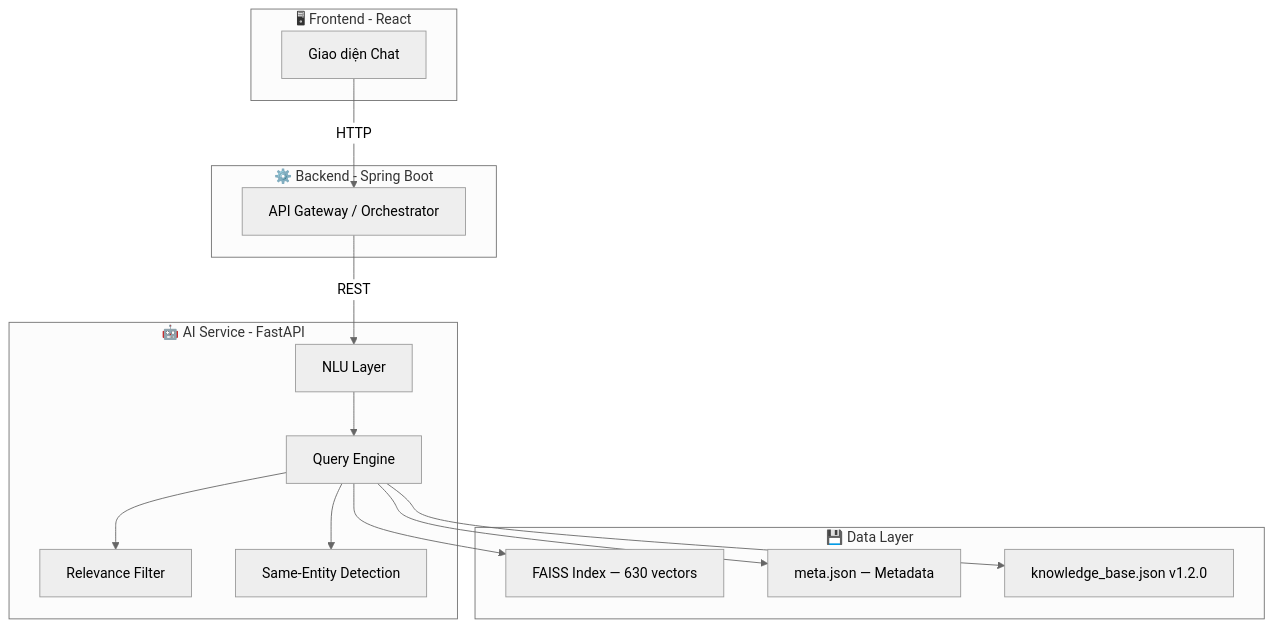
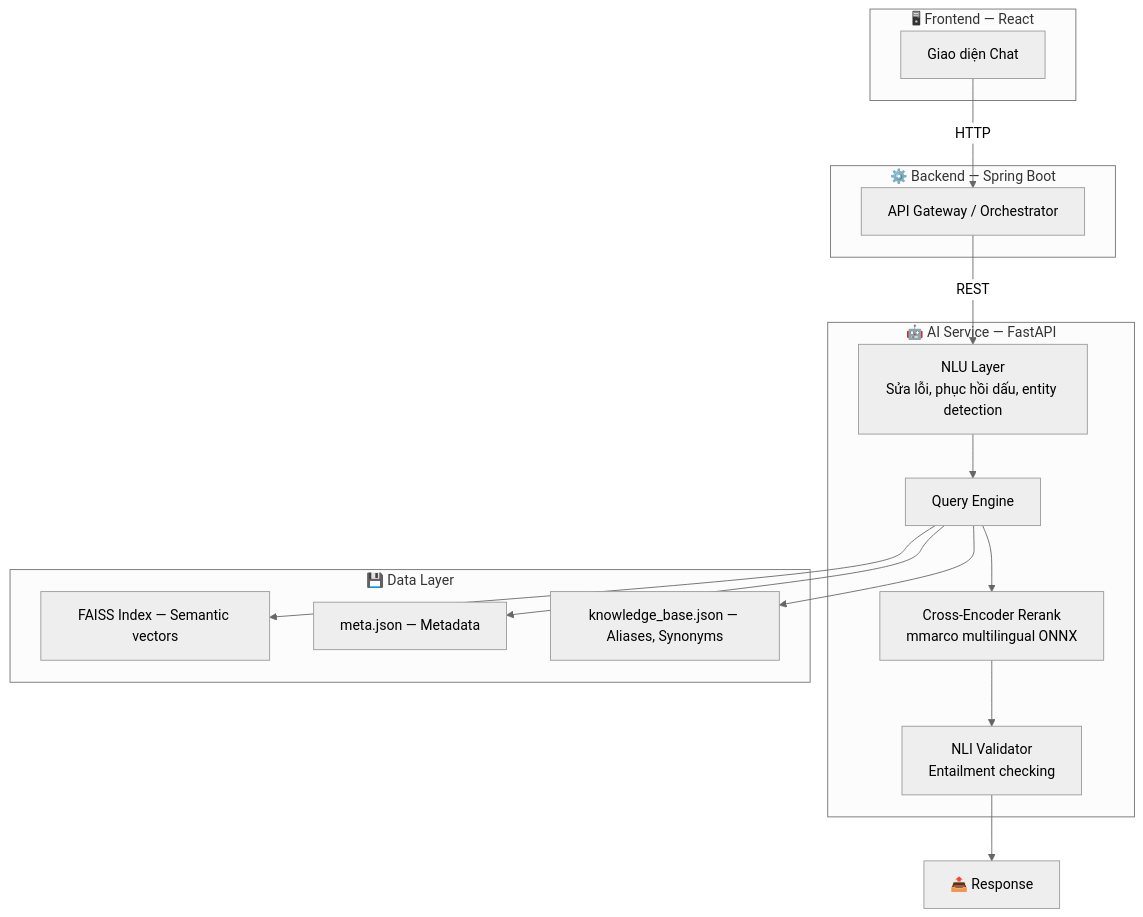
Before and after one commit to HistoryMindAI/vietnam_history_dataset: the first of 3 diagrams in README.md, drawn with Mermaid (neutral theme). The commit also changed other lines of this file, not shown here.

````diff
--- a/README.md
+++ b/README.md
@@ -39,30 +74,31 @@
 ```mermaid
 graph TD
-    subgraph "🖥 Frontend - React"
+    subgraph "🖥 Frontend — React"
         A["Giao diện Chat"]
     end
 
-    subgraph "⚙️ Backend - Spring Boot"
+    subgraph "⚙️ Backend — Spring Boot"
         B["API Gateway / Orchestrator"]
     end
 
-    subgraph "🤖 AI Service - FastAPI"
-        NLU["NLU Layer"]
+    subgraph "🤖 AI Service — FastAPI"
+        NLU["NLU Layer<br/>Sửa lỗi, phục hồi dấu, entity detection"]
         ENGINE["Query Engine"]
-        FILTER["Relevance Filter"]
-        SAME["Same-Entity Detection"]
+        CE["Cross-Encoder Rerank<br/>mmarco multilingual ONNX"]
+        NLI["NLI Validator<br/>Entailment checking"]
     end
 
     subgraph "💾 Data Layer"
-        D1["FAISS Index — 630 vectors"]
+        D1["FAISS Index — Semantic vectors"]
         D2["meta.json — Metadata"]
-        D3["knowledge_base.json v1.2.0"]
+        D3["knowledge_base.json — Aliases, Synonyms"]
     end
 
     A -- "HTTP" --> B
     B -- "REST" --> NLU
     NLU --> ENGINE
-    ENGINE --> FILTER
-    ENGINE --> SAME
     ENGINE --> D1 & D2 & D3
+    ENGINE --> CE
+    CE --> NLI
+    NLI --> FORMAT["📤 Response"]
 ```
````
